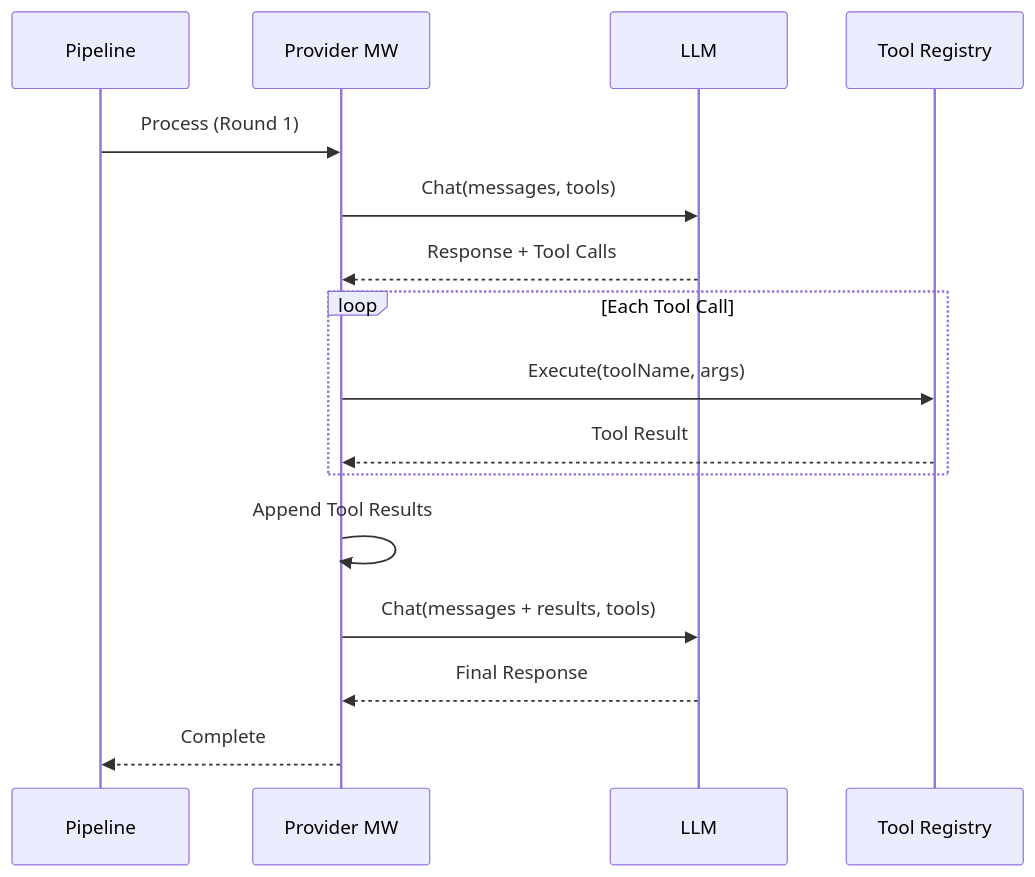
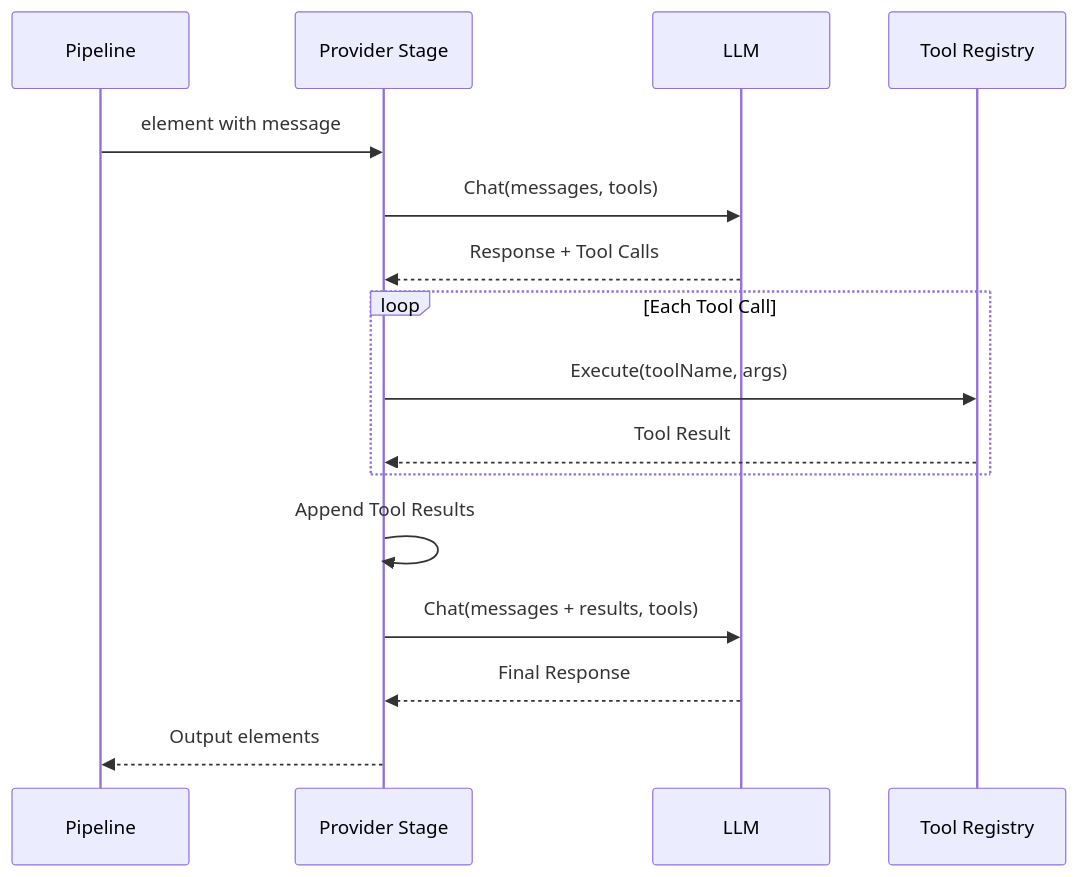
Before and after one commit to AltairaLabs/PromptKit: the third of 4 diagrams in docs/src/content/architecture/runtime-pipeline.md, drawn with Mermaid. The commit also changed other lines of this file and 21 other files, not shown here.

````diff
--- a/docs/src/content/architecture/runtime-pipeline.md
+++ b/docs/src/content/architecture/runtime-pipeline.md
@@ -244,21 +446,21 @@
 ```mermaid
 sequenceDiagram
     participant Pipeline
-    participant Provider MW
+    participant Provider Stage
     participant LLM
     participant Tool Registry
 
-    Pipeline->>Provider MW: Process (Round 1)
-    Provider MW->>LLM: Chat(messages, tools)
-    LLM-->>Provider MW: Response + Tool Calls
+    Pipeline->>Provider Stage: element with message
+    Provider Stage->>LLM: Chat(messages, tools)
+    LLM-->>Provider Stage: Response + Tool Calls
 
     loop Each Tool Call
-        Provider MW->>Tool Registry: Execute(toolName, args)
-        Tool Registry-->>Provider MW: Tool Result
+        Provider Stage->>Tool Registry: Execute(toolName, args)
+        Tool Registry-->>Provider Stage: Tool Result
     end
 
-    Provider MW->>Provider MW: Append Tool Results
-    Provider MW->>LLM: Chat(messages + results, tools)
-    LLM-->>Provider MW: Final Response
-    Provider MW-->>Pipeline: Complete
+    Provider Stage->>Provider Stage: Append Tool Results
+    Provider Stage->>LLM: Chat(messages + results, tools)
+    LLM-->>Provider Stage: Final Response
+    Provider Stage-->>Pipeline: Output elements
 ```
````
